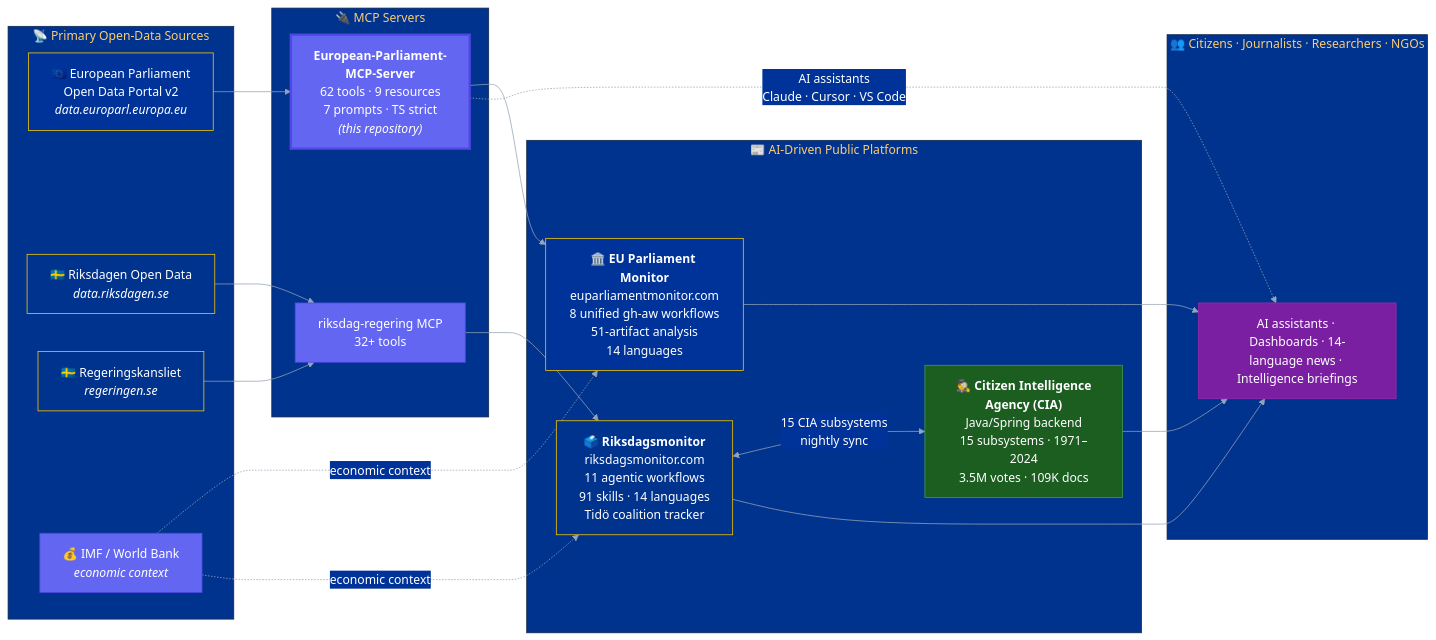
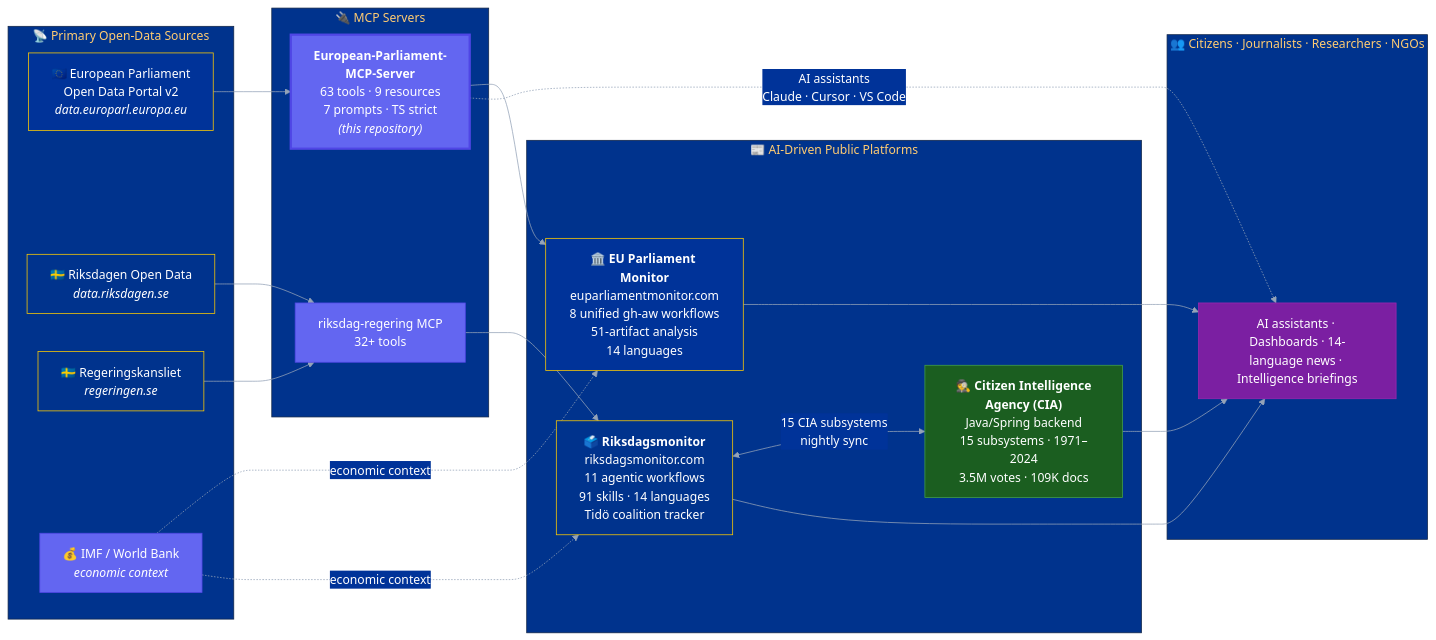
One commit to Hack23/European-Parliament-MCP-Server changed the first of 9 diagrams in docs/api-markdown/README.md. Above: the diagram before and after it, drawn with Mermaid. The commit also changed other lines of this file and 1933 other files, not shown here.

````diff
--- a/docs/api-markdown/README.md
+++ b/docs/api-markdown/README.md
@@ -128,47 +128,47 @@
 ```mermaid
 %%{init: {"theme":"base","themeVariables":{"primaryColor":"#6366F1","primaryTextColor":"#fff","primaryBorderColor":"#4F46E5","lineColor":"#94A3B8","secondaryColor":"#003399","tertiaryColor":"#00338D","background":"#0F172A"}}}%%
 graph LR
     subgraph SOURCES["📡 Primary Open-Data Sources"]
         EP["🇪🇺 European Parliament<br/>Open Data Portal v2<br/><i>data.europarl.europa.eu</i>"]
         RD["🇸🇪 Riksdagen Open Data<br/><i>data.riksdagen.se</i>"]
         REG["🇸🇪 Regeringskansliet<br/><i>regeringen.se</i>"]
         IMF["💰 IMF / World Bank<br/><i>economic context</i>"]
     end
 
     subgraph MCP["🔌 MCP Servers"]
-        EPMCP["<b>European-Parliament-<br/>MCP-Server</b><br/>62 tools · 9 resources<br/>7 prompts · TS strict<br/><i>(this repository)</i>"]
+        EPMCP["<b>European-Parliament-<br/>MCP-Server</b><br/>63 tools · 9 resources<br/>7 prompts · TS strict<br/><i>(this repository)</i>"]
         RRMCP["riksdag-regering MCP<br/>32+ tools"]
     end
 
     subgraph PRODUCTS["📰 AI-Driven Public Platforms"]
         EUPM["🏛️ <b>EU Parliament Monitor</b><br/>euparliamentmonitor.com<br/>8 unified gh-aw workflows<br/>51-artifact analysis<br/>14 languages"]
         RM["🗳️ <b>Riksdagsmonitor</b><br/>riksdagsmonitor.com<br/>11 agentic workflows<br/>91 skills · 14 languages<br/>Tidö coalition tracker"]
         CIA["🕵️ <b>Citizen Intelligence<br/>Agency (CIA)</b><br/>Java/Spring backend<br/>15 subsystems · 1971–2024<br/>3.5M votes · 109K docs"]
     end
 
     subgraph CITIZENS["👥 Citizens · Journalists · Researchers · NGOs"]
         AUDIENCE["AI assistants · Dashboards · 14-language news · Intelligence briefings"]
     end
 
     EP --> EPMCP
     RD --> RRMCP
     REG --> RRMCP
     EPMCP --> EUPM
     RRMCP --> RM
     RM <-->|"15 CIA subsystems<br/>nightly sync"| CIA
     IMF -.->|"economic context"| EUPM
     IMF -.->|"economic context"| RM
     EUPM --> AUDIENCE
     RM --> AUDIENCE
     CIA --> AUDIENCE
     EPMCP -.->|"AI assistants<br/>Claude · Cursor · VS Code"| AUDIENCE
 
     style EPMCP fill:#6366F1,stroke:#4F46E5,color:#fff,stroke-width:3px
     style EP fill:#003399,stroke:#FFCC00,color:#fff
     style RD fill:#00338D,stroke:#FECC00,color:#fff
     style REG fill:#00338D,stroke:#FECC00,color:#fff
     style EUPM fill:#003399,stroke:#FFCC00,color:#fff
     style RM fill:#00338D,stroke:#FECC00,color:#fff
     style CIA fill:#1B5E20,stroke:#43A047,color:#fff
     style AUDIENCE fill:#7B1FA2,stroke:#9C27B0,color:#fff
 ```
````
